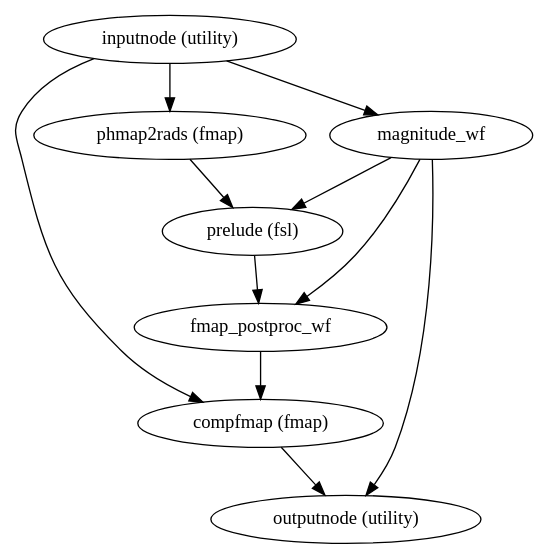
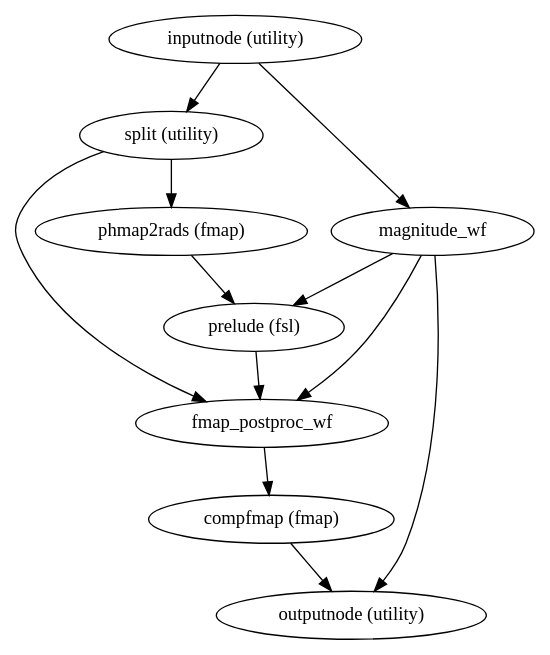
One commit to wayne009007/sdcflows changed the diagram in master/wf_directive/api/phdiff_wf/sdcflows-workflows-phdiff-1.dot. Above: the diagram before and after it, drawn with Graphviz. The commit also changed 189 other files, not shown here.

```diff
--- a/master/wf_directive/api/phdiff_wf/sdcflows-workflows-phdiff-1.dot
+++ b/master/wf_directive/api/phdiff_wf/sdcflows-workflows-phdiff-1.dot
@@ -1,19 +1,21 @@
 strict digraph  {
 "inputnode (utility)";
-"compfmap (fmap)";
+"split (utility)";
 magnitude_wf;
 "phmap2rads (fmap)";
+fmap_postproc_wf;
+"prelude (fsl)";
 "outputnode (utility)";
-"prelude (fsl)";
-fmap_postproc_wf;
-"inputnode (utility)" -> "compfmap (fmap)";
+"compfmap (fmap)";
+"inputnode (utility)" -> "split (utility)";
 "inputnode (utility)" -> magnitude_wf;
-"inputnode (utility)" -> "phmap2rads (fmap)";
-"compfmap (fmap)" -> "outputnode (utility)";
+"split (utility)" -> "phmap2rads (fmap)";
+"split (utility)" -> fmap_postproc_wf;
 magnitude_wf -> "prelude (fsl)";
 magnitude_wf -> fmap_postproc_wf;
 magnitude_wf -> "outputnode (utility)";
 "phmap2rads (fmap)" -> "prelude (fsl)";
+fmap_postproc_wf -> "compfmap (fmap)";
 "prelude (fsl)" -> fmap_postproc_wf;
-fmap_postproc_wf -> "compfmap (fmap)";
+"compfmap (fmap)" -> "outputnode (utility)";
 }
```
